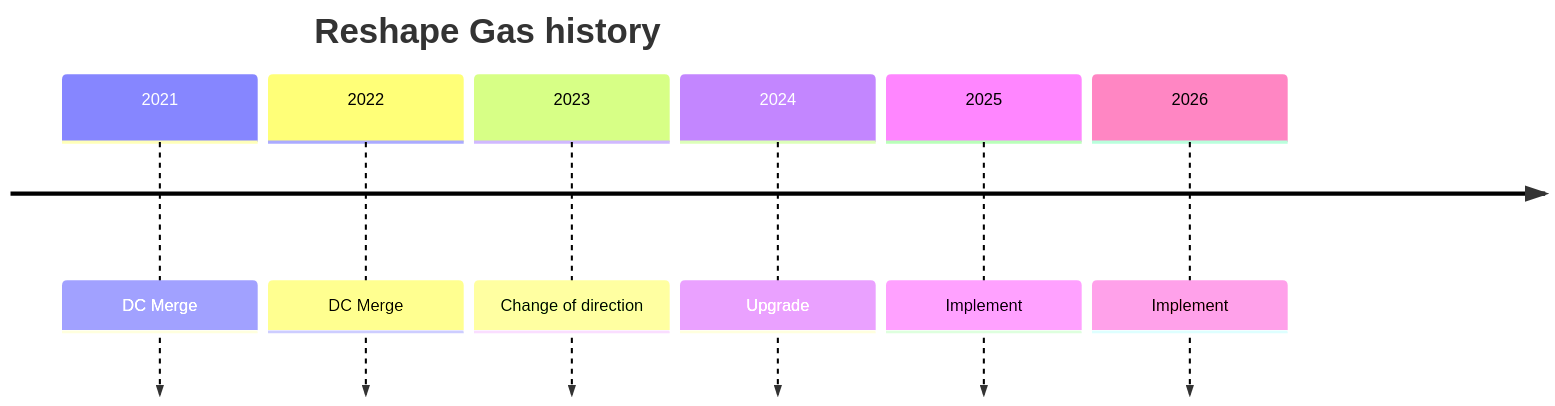
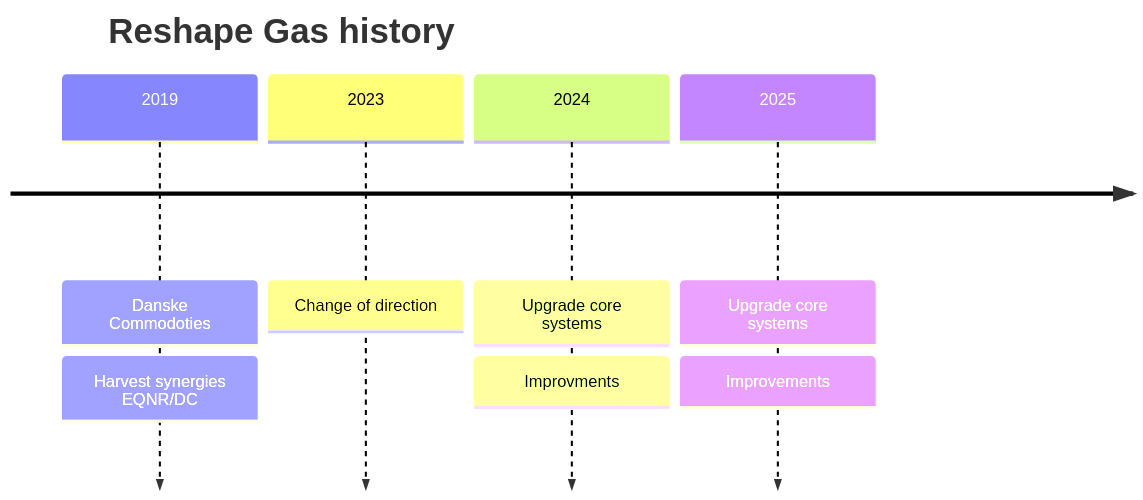
Before and after one commit to equinor/improve-disc: the first of 2 diagrams in docs/public/content/index.md, drawn with Mermaid. The commit also changed other lines of this file and 1 other file, not shown here.

````diff
--- a/docs/public/content/index.md
+++ b/docs/public/content/index.md
@@ -9,12 +9,13 @@
 ``` mermaid
 
 timeline
     title Reshape Gas history
-    2021 : DC Merge
-    2022 : DC Merge
+    2019 : Danske Commodoties
+         : Harvest synergies EQNR/DC
     2023 : Change of direction
-    2024 : Upgrade
-    2025 : Implement
-    2026 : Implement
+    2024 : Upgrade core systems
+         : Improvments
+    2025 : Upgrade core systems
+         : Improvements
 
 ```
````
